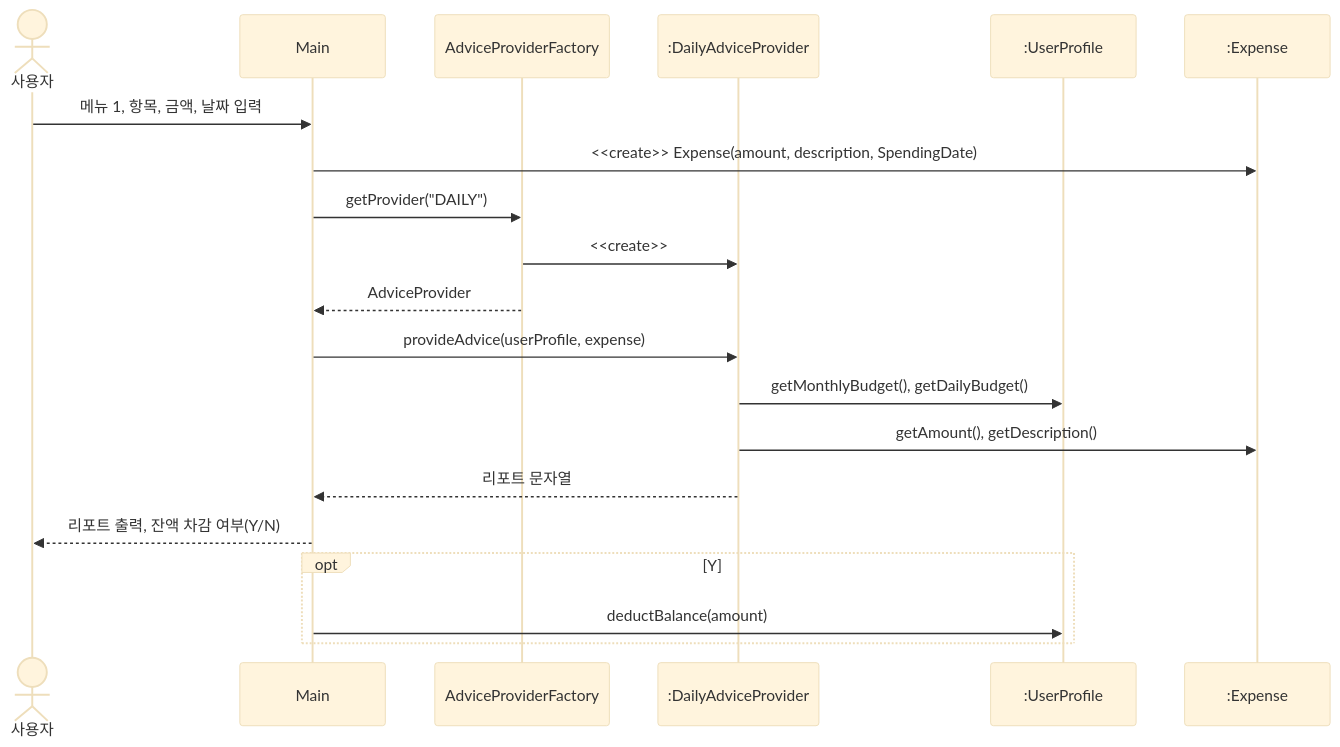
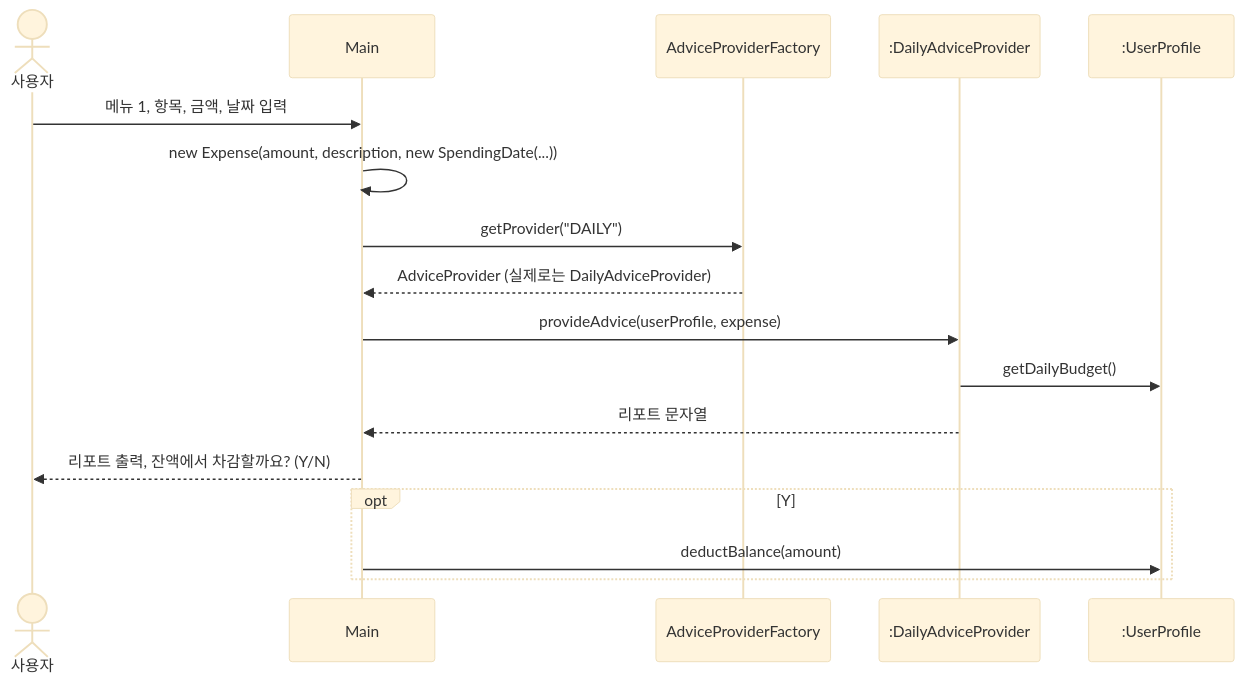
Before and after one commit to YoungHoonKo/younghoonko.github.io: the fifth of 5 diagrams in _posts/2026-11-05-Design_Pattern_06.md, drawn with Mermaid (base theme). The commit also changed other lines of this file and 9 other files, not shown here.

````diff
--- a/_posts/2026-11-05-Design_Pattern_06.md
+++ b/_posts/2026-11-05-Design_Pattern_06.md
@@ -114,22 +333,19 @@
 ```mermaid
 sequenceDiagram
     actor U as 사용자
     participant M as Main
     participant F as AdviceProviderFactory
     participant P as :DailyAdviceProvider
     participant UP as :UserProfile
-    participant E as :Expense
     U->>M: 메뉴 1, 항목, 금액, 날짜 입력
-    M->>E: <<create>> Expense(amount, description, SpendingDate)
+    M->>M: new Expense(amount, description, new SpendingDate(...))
     M->>F: getProvider("DAILY")
-    F->>P: <<create>>
-    F-->>M: AdviceProvider
+    F-->>M: AdviceProvider (실제로는 DailyAdviceProvider)
     M->>P: provideAdvice(userProfile, expense)
-    P->>UP: getMonthlyBudget(), getDailyBudget()
-    P->>E: getAmount(), getDescription()
+    P->>UP: getDailyBudget()
     P-->>M: 리포트 문자열
-    M-->>U: 리포트 출력, 잔액 차감 여부(Y/N)
+    M-->>U: 리포트 출력, 잔액에서 차감할까요? (Y/N)
     opt Y
         M->>UP: deductBalance(amount)
     end
 ```
````
